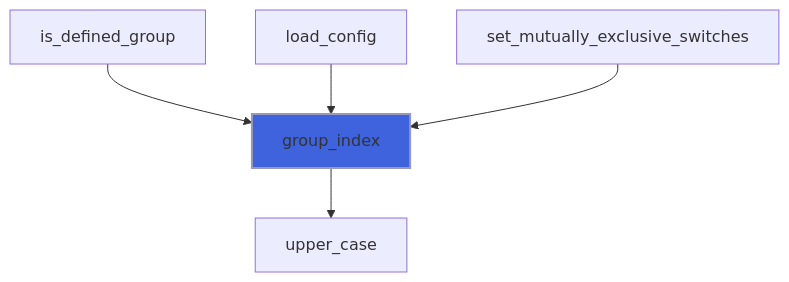
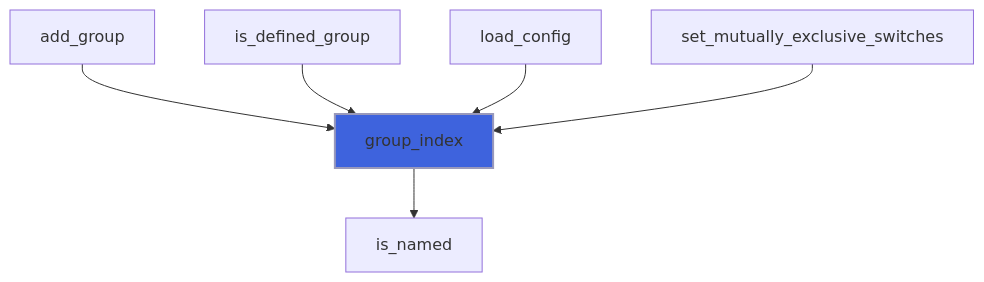
Diagram 46 of 57 in docs/api/src/lib/flap_command_line_interface_t.md (szaghi/FLAP), drawn with Mermaid before and after one commit. The commit also changed other lines of this file and 12 other files, not shown here.

````diff
--- a/docs/api/src/lib/flap_command_line_interface_t.md
+++ b/docs/api/src/lib/flap_command_line_interface_t.md
@@ -1778,8 +1790,9 @@
 ```mermaid
 flowchart TD
+  add_group["add_group"] --> group_index["group_index"]
   is_defined_group["is_defined_group"] --> group_index["group_index"]
   load_config["load_config"] --> group_index["group_index"]
   set_mutually_exclusive_switches["set_mutually_exclusive_switches"] --> group_index["group_index"]
-  group_index["group_index"] --> upper_case["upper_case"]
+  group_index["group_index"] --> is_named["is_named"]
   style group_index fill:#3e63dd,stroke:#99b,stroke-width:2px
 ```
````
